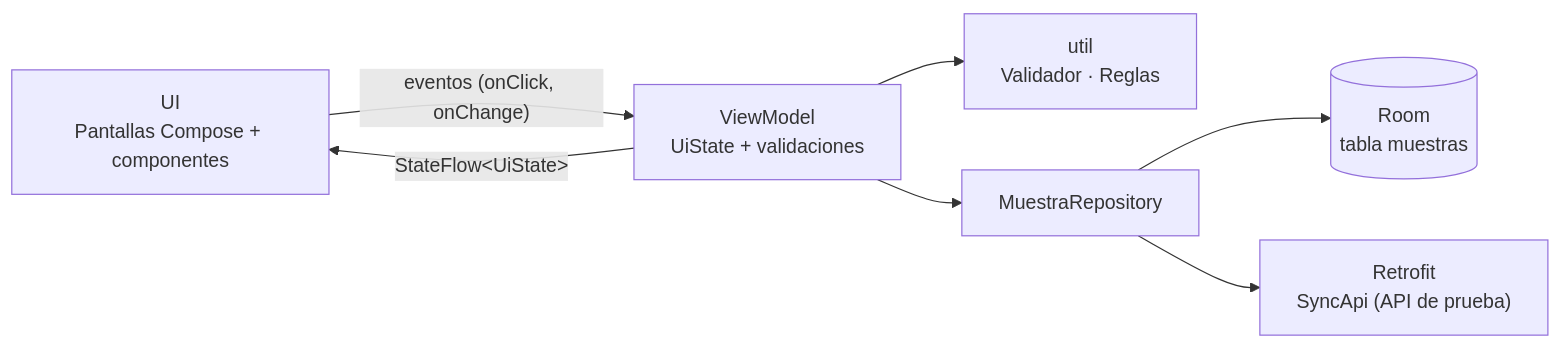
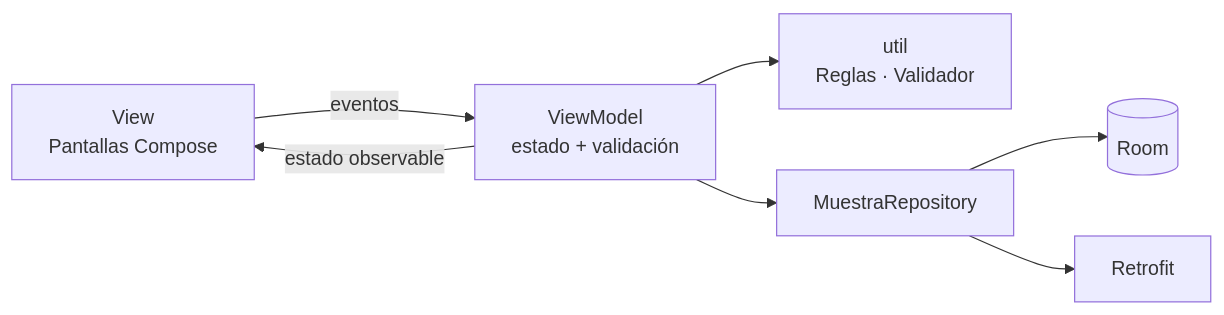
The second of 2 diagrams in GUIA_PROYECTO.md (Marcelo-Crisostomo/Aldemar-proyecto-APP-V), drawn with Mermaid before and after one commit. The commit also changed other lines of this file and 49 other files, not shown here.

````diff
--- a/GUIA_PROYECTO.md
+++ b/GUIA_PROYECTO.md
@@ -65,9 +50,9 @@
 ```mermaid
 flowchart LR
-    UI["UI<br/>Pantallas Compose + componentes"] -- "eventos (onClick, onChange)" --> VM["ViewModel<br/>UiState + validaciones"]
-    VM -- "StateFlow&lt;UiState&gt;" --> UI
-    VM --> UTIL["util<br/>Validador · Reglas"]
+    UI["View<br/>Pantallas Compose"] -- "eventos" --> VM["ViewModel<br/>estado + validación"]
+    VM -- "estado observable" --> UI
+    VM --> R["util<br/>Reglas · Validador"]
     VM --> REPO["MuestraRepository"]
-    REPO --> ROOM[("Room<br/>tabla muestras")]
-    REPO --> API["Retrofit<br/>SyncApi (API de prueba)"]
+    REPO --> ROOM[("Room")]
+    REPO --> API["Retrofit"]
 ```
````
